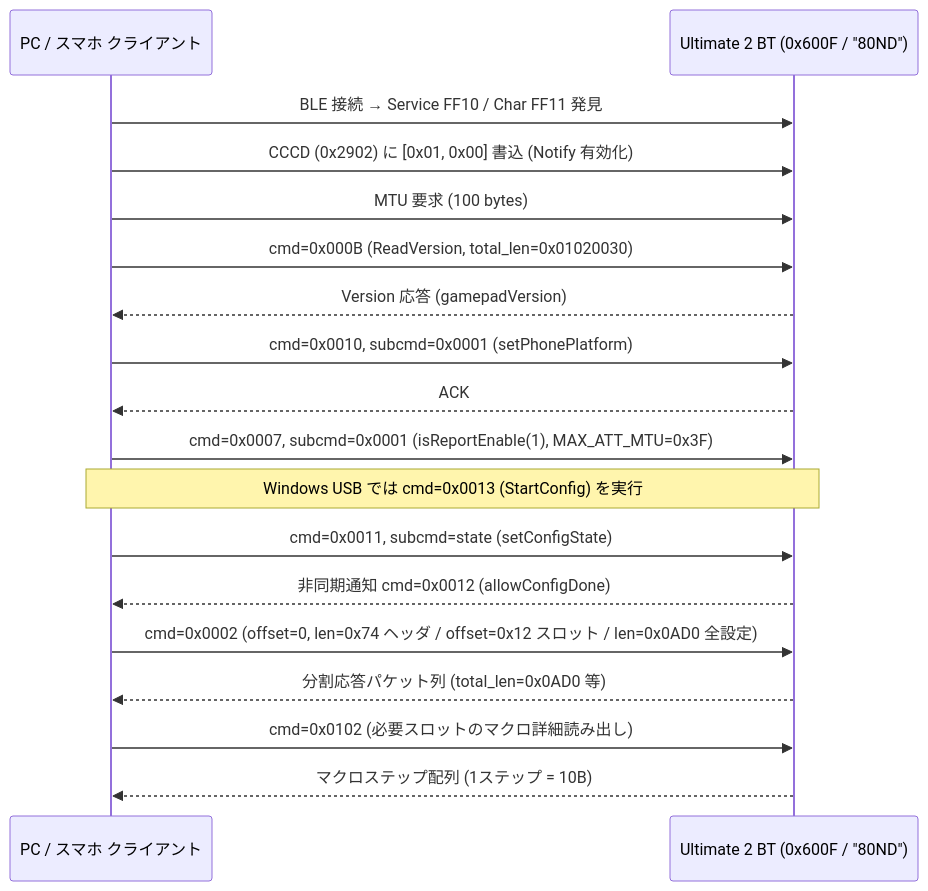
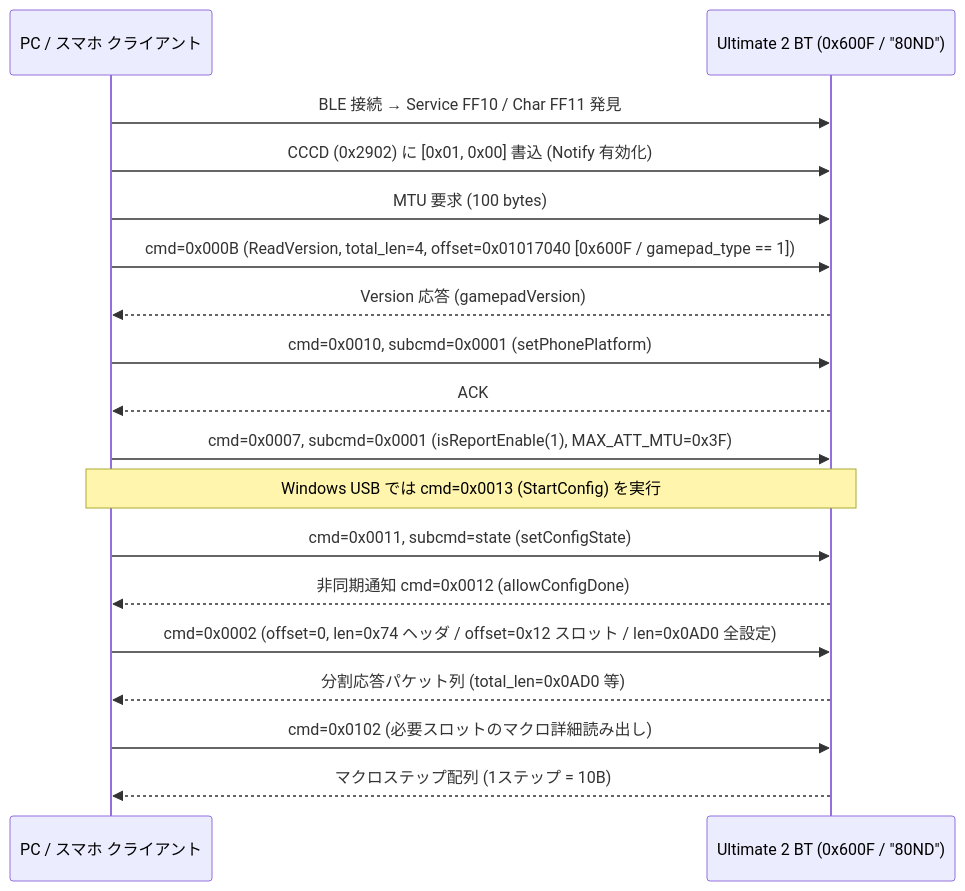
Before and after one commit to haruki0420/8bitdo-ultimate2-suite: the second of 3 diagrams in docs/PROTOCOL_SPEC.md, drawn with Mermaid. The commit also changed other lines of this file and 4 other files, not shown here.

````diff
--- a/docs/PROTOCOL_SPEC.md
+++ b/docs/PROTOCOL_SPEC.md
@@ -273,21 +273,21 @@
 ```mermaid
 sequenceDiagram
     participant Host as PC / スマホ クライアント
     participant Ctrl as Ultimate 2 BT (0x600F / "80ND")
 
     Host->>Ctrl: BLE 接続 → Service FF10 / Char FF11 発見
     Host->>Ctrl: CCCD (0x2902) に [0x01, 0x00] 書込 (Notify 有効化)
     Host->>Ctrl: MTU 要求 (100 bytes)
-    Host->>Ctrl: cmd=0x000B (ReadVersion, total_len=0x01020030)
+    Host->>Ctrl: cmd=0x000B (ReadVersion, total_len=4, offset=0x01017040 [0x600F / gamepad_type == 1])
     Ctrl-->>Host: Version 応答 (gamepadVersion)
     Host->>Ctrl: cmd=0x0010, subcmd=0x0001 (setPhonePlatform)
     Ctrl-->>Host: ACK
     Host->>Ctrl: cmd=0x0007, subcmd=0x0001 (isReportEnable(1), MAX_ATT_MTU=0x3F)
     Note over Host,Ctrl: Windows USB では cmd=0x0013 (StartConfig) を実行
     Host->>Ctrl: cmd=0x0011, subcmd=state (setConfigState)
     Ctrl-->>Host: 非同期通知 cmd=0x0012 (allowConfigDone)
     Host->>Ctrl: cmd=0x0002 (offset=0, len=0x74 ヘッダ / offset=0x12 スロット / len=0x0AD0 全設定)
     Ctrl-->>Host: 分割応答パケット列 (total_len=0x0AD0 等)
     Host->>Ctrl: cmd=0x0102 (必要スロットのマクロ詳細読み出し)
     Ctrl-->>Host: マクロステップ配列 (1ステップ = 10B)
 ```
````
